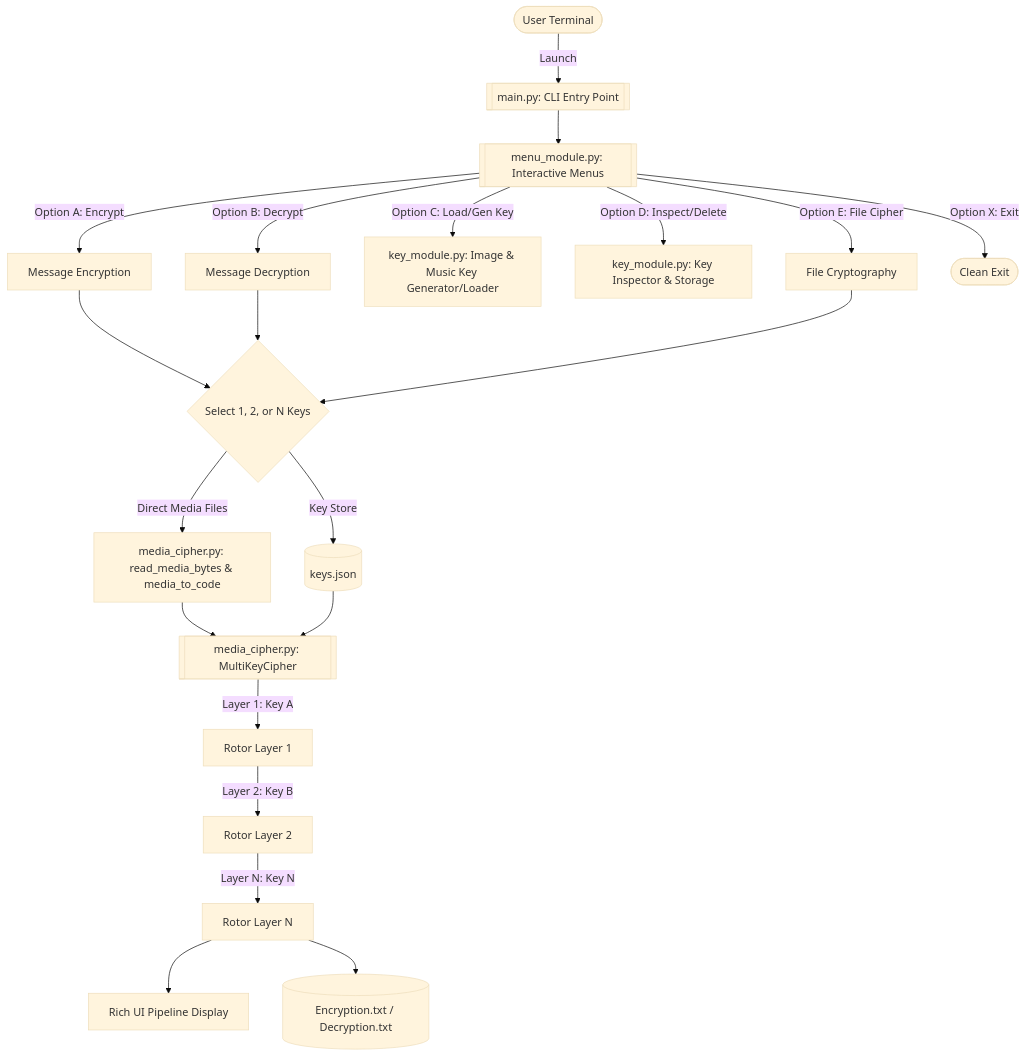
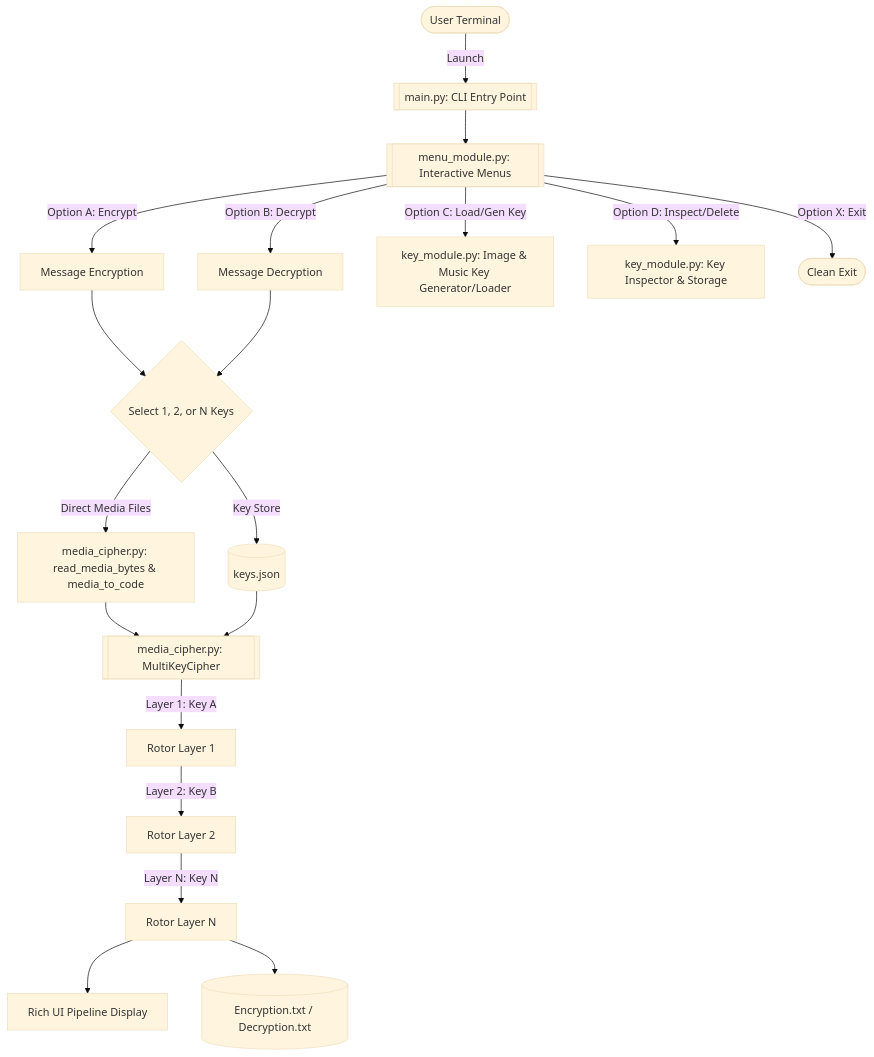
Before and after one commit to dnzdaorick/Enigma: the diagram in README.md, drawn with Mermaid (base theme). The commit also changed other lines of this file and 4 other files, not shown here.

````diff
--- a/README.md
+++ b/README.md
@@ -164,29 +163,28 @@
 ```mermaid
 flowchart TD
     User([User Terminal]) -->|Launch| Main[[main.py: CLI Entry Point]]
     Main --> MenuModule[[menu_module.py: Interactive Menus]]
     
     MenuModule -->|Option A: Encrypt| EncryptFlow[Message Encryption]
     MenuModule -->|Option B: Decrypt| DecryptFlow[Message Decryption]
     MenuModule -->|Option C: Load/Gen Key| KeyGen[key_module.py: Image & Music Key Generator/Loader]
     MenuModule -->|Option D: Inspect/Delete| KeyMgmt[key_module.py: Key Inspector & Storage]
-    MenuModule -->|Option E: File Cipher| FileFlow[File Cryptography]
     MenuModule -->|Option X: Exit| ExitApp([Clean Exit])
 
     EncryptFlow --> KeySelect{Select 1, 2, or N Keys}
     DecryptFlow --> KeySelect
-    FileFlow --> KeySelect
+
 
     KeySelect -->|Key Store| KeyStore[(keys.json)]
     KeySelect -->|Direct Media Files| MediaReader[media_cipher.py: read_media_bytes & media_to_code]
     
     MediaReader --> CipherEngine[[media_cipher.py: MultiKeyCipher]]
     KeyStore --> CipherEngine
     
     CipherEngine -->|Layer 1: Key A| L1[Rotor Layer 1]
     L1 -->|Layer 2: Key B| L2[Rotor Layer 2]
     L2 -->|Layer N: Key N| LN[Rotor Layer N]
     
     LN --> Results[Rich UI Pipeline Display]
     LN --> Logs[(Encryption.txt / Decryption.txt)]
 ```
````
